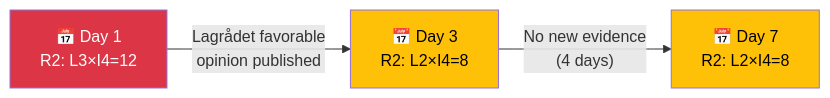
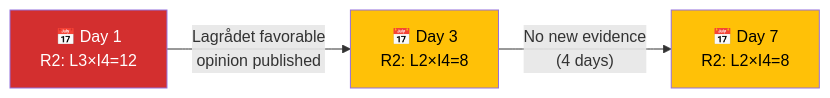
Before and after one commit to Hack23/riksdagsmonitor: the seventh of 7 diagrams in analysis/methodologies/political-risk-methodology.md, drawn with Mermaid. The commit also changed other lines of this file and 14 other files, not shown here.

First line of the commit message:
Align analysis/ mermaid diagrams with ISMS Style Guide palette and convert SWOT to quadrantChart

````diff
--- a/analysis/methodologies/political-risk-methodology.md
+++ b/analysis/methodologies/political-risk-methodology.md
@@ -526,13 +526,13 @@
 ```mermaid
 graph LR
     D1["📅 Day 1<br/>R2: L3×I4=12"]
     D3["📅 Day 3<br/>R2: L2×I4=8"]
     D7["📅 Day 7<br/>R2: L2×I4=8"]
 
     D1 -->|"Lagrådet favorable<br/>opinion published"| D3
     D3 -->|"No new evidence<br/>(4 days)"| D7
 
-    style D1 fill:#dc3545,color:#fff
-    style D3 fill:#ffc107,color:#000
-    style D7 fill:#ffc107,color:#000
+    style D1 fill:#D32F2F,color:#FFFFFF
+    style D3 fill:#FFC107,color:#000000
+    style D7 fill:#FFC107,color:#000000
 ```
````
